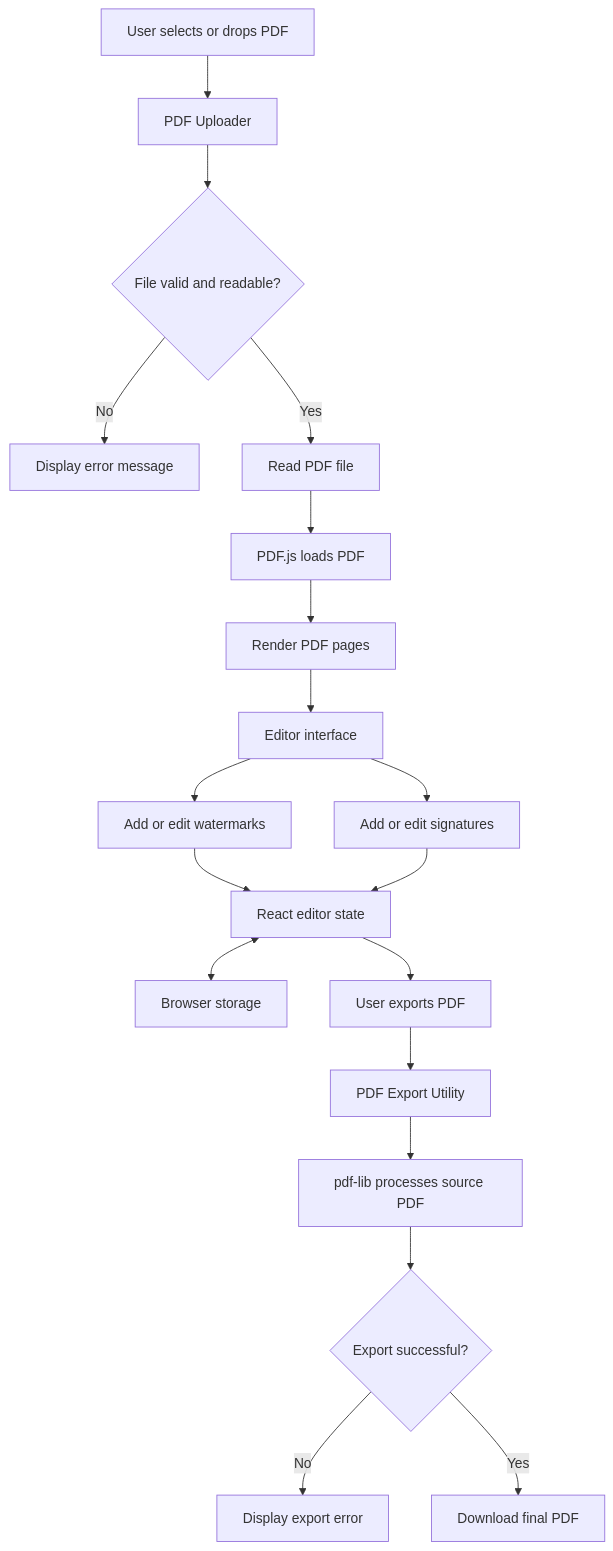
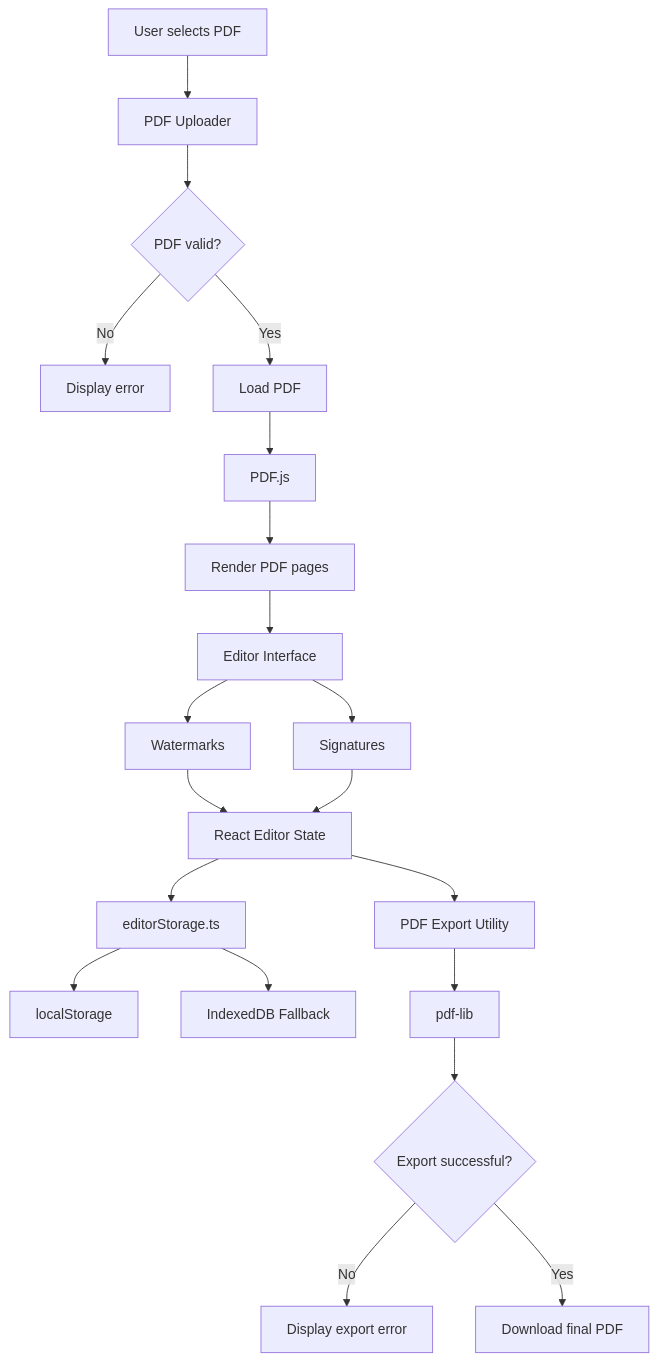
One commit to ADEEB172/docucraft changed the diagram in docs/data-flow.md. Above: the diagram before and after it, drawn with Mermaid. The commit also changed other lines of this file and 7 other files, not shown here.

````diff
--- a/docs/data-flow.md
+++ b/docs/data-flow.md
@@ -25,28 +25,29 @@
 ```mermaid
 flowchart TD
-    A["User selects or drops PDF"] --> B["PDF Uploader"]
-    B --> C{"File valid and readable?"}
+    A["User selects PDF"] --> B["PDF Uploader"]
+    B --> C{"PDF valid?"}
 
-    C -->|No| D["Display error message"]
-    C -->|Yes| E["Read PDF file"]
+    C -->|No| D["Display error"]
+    C -->|Yes| E["Load PDF"]
 
-    E --> F["PDF.js loads PDF"]
+    E --> F["PDF.js"]
     F --> G["Render PDF pages"]
-    G --> H["Editor interface"]
+    G --> H["Editor Interface"]
 
-    H --> I["Add or edit watermarks"]
-    H --> J["Add or edit signatures"]
+    H --> I["Watermarks"]
+    H --> J["Signatures"]
 
-    I --> K["React editor state"]
+    I --> K["React Editor State"]
     J --> K
 
-    K <--> L["Browser storage"]
-    K --> M["User exports PDF"]
+    K --> L["editorStorage.ts"]
+    L --> M["localStorage"]
+    L --> N["IndexedDB Fallback"]
 
-    M --> N["PDF Export Utility"]
-    N --> O["pdf-lib processes source PDF"]
-    O --> P{"Export successful?"}
+    K --> O["PDF Export Utility"]
+    O --> P["pdf-lib"]
+    P --> Q{"Export successful?"}
 
-    P -->|No| Q["Display export error"]
-    P -->|Yes| R["Download final PDF"]
+    Q -->|No| R["Display export error"]
+    Q -->|Yes| S["Download final PDF"]
 ```
````
